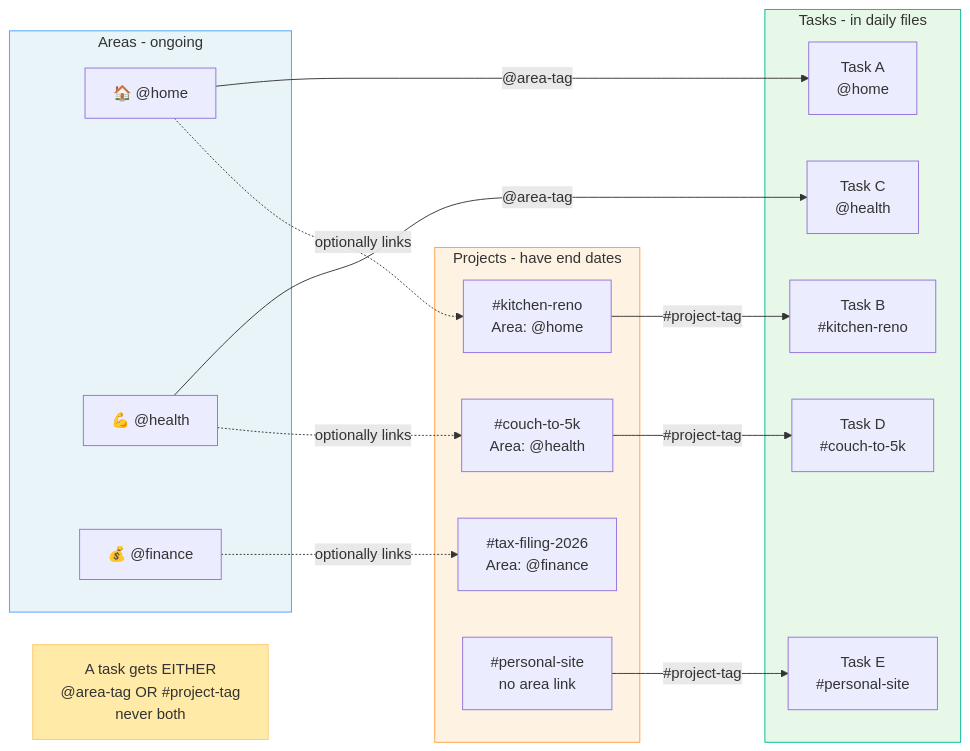
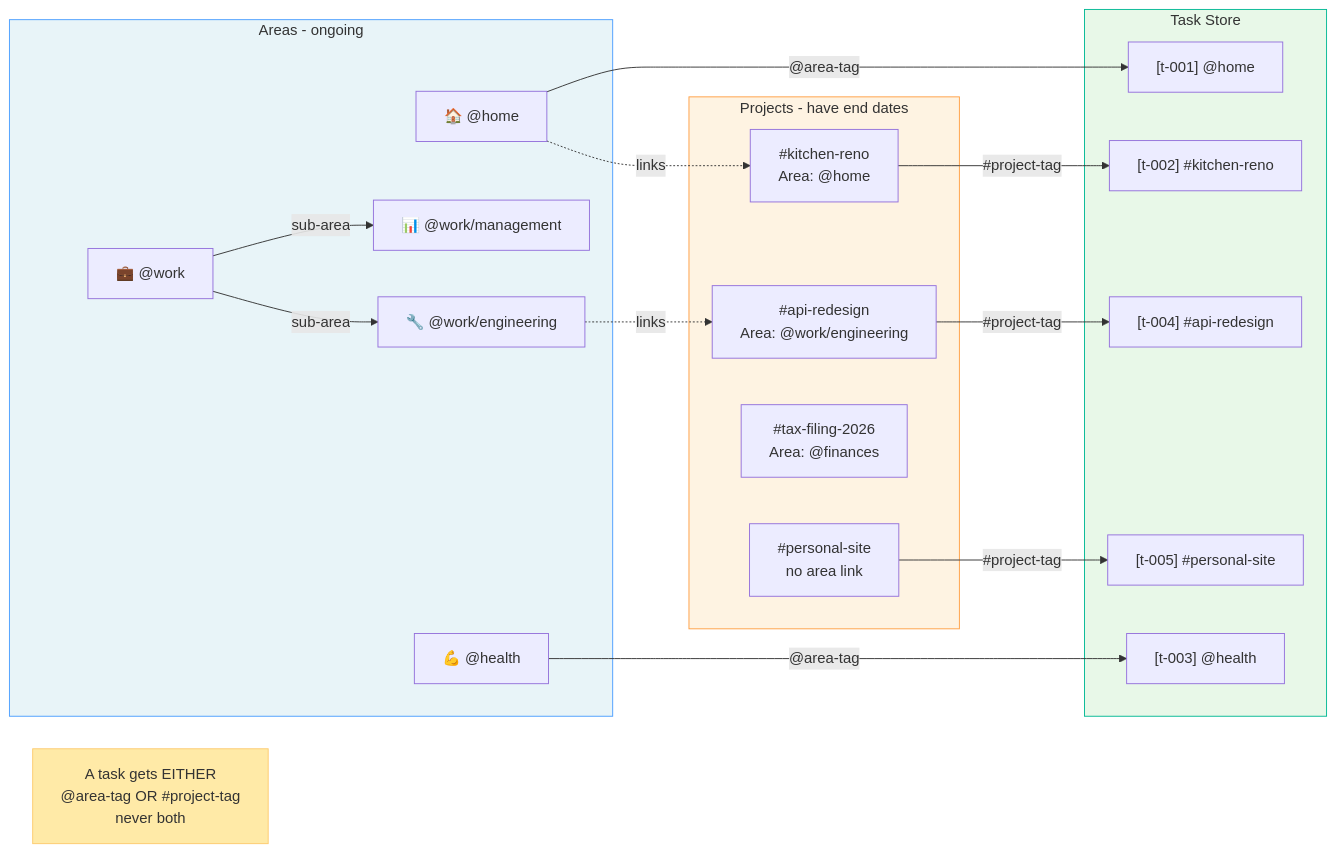
One commit to OneAngryDBA/one-step-at-a-time changed the fourth of 5 diagrams in docs/SYSTEM-ARCHITECTURE.md. Above: the diagram before and after it, drawn with Mermaid. The commit also changed other lines of this file and 37 other files, not shown here.

First line of the commit message:
v4.0.0: Persistent task store, templates, area hierarchy (Phase 1)

````diff
--- a/docs/SYSTEM-ARCHITECTURE.md
+++ b/docs/SYSTEM-ARCHITECTURE.md
@@ -183,40 +271,43 @@
 ```mermaid
 flowchart LR
     subgraph AreaLayer["Areas - ongoing"]
         Home["🏠 @home"]
+        Work["💼 @work"]
+        WorkEng["🔧 @work/engineering"]
+        WorkMgmt["📊 @work/management"]
         Health["💪 @health"]
-        Finance["💰 @finance"]
     end
 
     subgraph ProjectLayer["Projects - have end dates"]
         KR["#kitchen-reno\nArea: @home"]
-        C5K["#couch-to-5k\nArea: @health"]
-        Tax["#tax-filing-2026\nArea: @finance"]
+        API["#api-redesign\nArea: @work/engineering"]
+        Tax["#tax-filing-2026\nArea: @finances"]
         Web["#personal-site\nno area link"]
     end
 
-    subgraph TaskLayer["Tasks - in daily files"]
-        T1["Task A\n@home"]
-        T2["Task B\n#kitchen-reno"]
-        T3["Task C\n@health"]
-        T4["Task D\n#couch-to-5k"]
-        T5["Task E\n#personal-site"]
+    subgraph TaskStore["Task Store"]
+        T1["[t-001] @home"]
+        T2["[t-002] #kitchen-reno"]
+        T3["[t-003] @health"]
+        T4["[t-004] #api-redesign"]
+        T5["[t-005] #personal-site"]
     end
 
-    Home -.->|"optionally links"| KR
-    Health -.->|"optionally links"| C5K
-    Finance -.->|"optionally links"| Tax
+    Work -->|sub-area| WorkEng
+    Work -->|sub-area| WorkMgmt
+    Home -.->|"links"| KR
+    WorkEng -.->|"links"| API
 
     Home -->|"@area-tag"| T1
     KR -->|"#project-tag"| T2
     Health -->|"@area-tag"| T3
-    C5K -->|"#project-tag"| T4
+    API -->|"#project-tag"| T4
     Web -->|"#project-tag"| T5
 
     MutEx["A task gets EITHER\n@area-tag OR #project-tag\nnever both"]
 
     style AreaLayer fill:#e8f4f8,stroke:#4a9eff
     style ProjectLayer fill:#fef3e2,stroke:#ff9f43
-    style TaskLayer fill:#e8f8e8,stroke:#00b894
+    style TaskStore fill:#e8f8e8,stroke:#00b894
     style MutEx fill:#ffeaa7,color:#333,stroke:#fdcb6e
 ```
````
